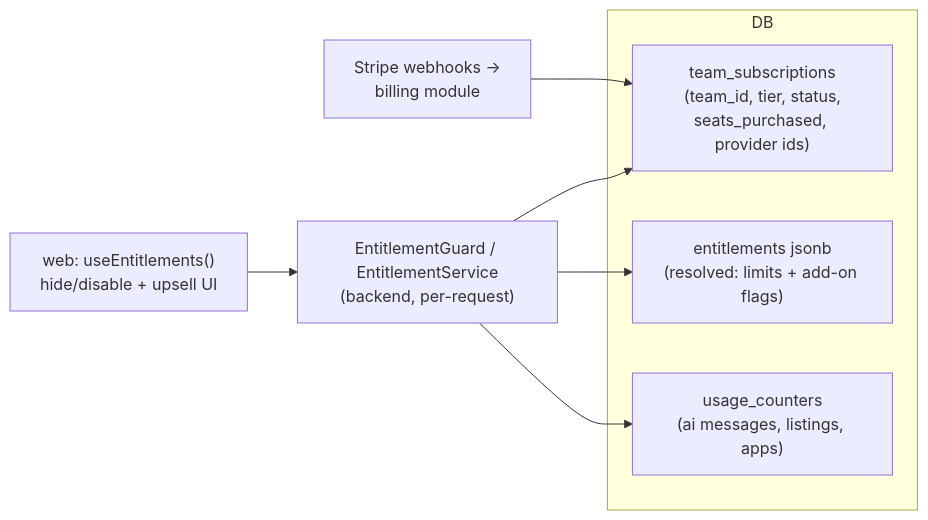
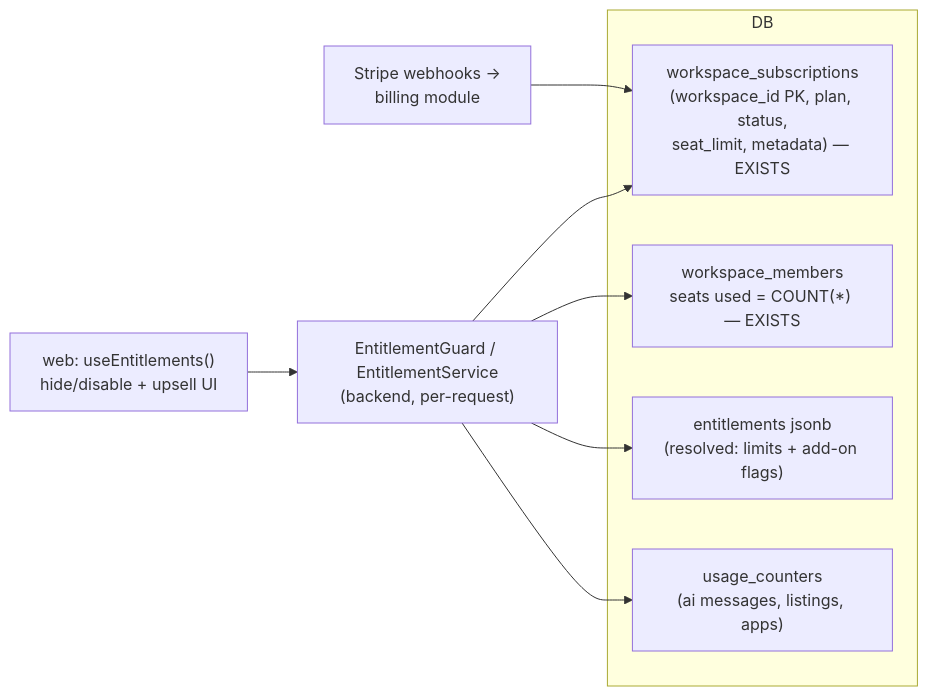
Before and after one commit to DavidBatoDev/proyekto: the diagram in docs/13-proposals/pricing-tiers-and-add-ons.md, drawn with Mermaid. The commit also changed other lines of this file and 32 other files, not shown here.

First line of the commit message:
docs: document the workspace tier and retire the organizations proposal

````diff
--- a/docs/13-proposals/pricing-tiers-and-add-ons.md
+++ b/docs/13-proposals/pricing-tiers-and-add-ons.md
@@ -137,13 +156,15 @@
 ```mermaid
 flowchart LR
     subgraph DB
-        S["team_subscriptions<br/>(team_id, tier, status,<br/>seats_purchased, provider ids)"]
+        S["workspace_subscriptions<br/>(workspace_id PK, plan, status,<br/>seat_limit, metadata) — EXISTS"]
+        M["workspace_members<br/>seats used = COUNT(*) — EXISTS"]
         E["entitlements jsonb<br/>(resolved: limits + add-on flags)"]
         U["usage_counters<br/>(ai messages, listings, apps)"]
     end
     G["EntitlementGuard / EntitlementService<br/>(backend, per-request)"] --> S
+    G --> M
     G --> E
     G --> U
     W["web: useEntitlements()<br/>hide/disable + upsell UI"] --> G
     P["Stripe webhooks →<br/>billing module"] --> S
 ```
````
